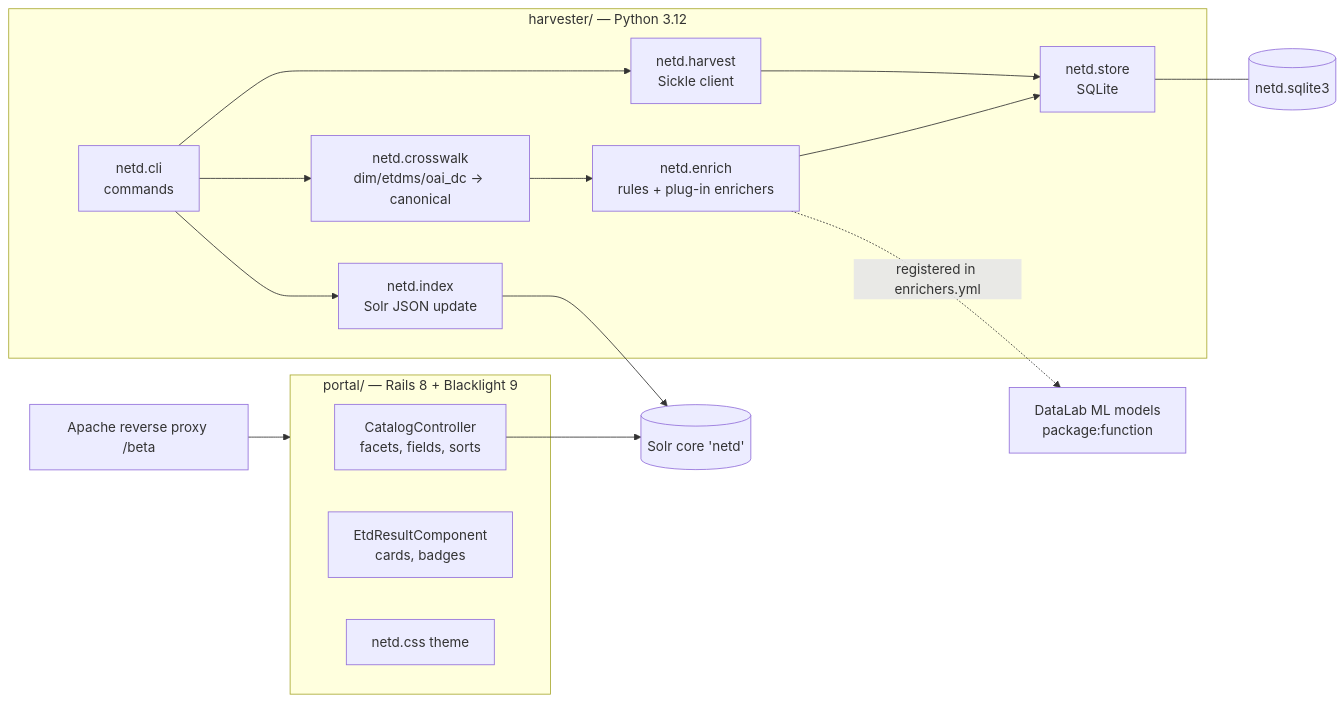
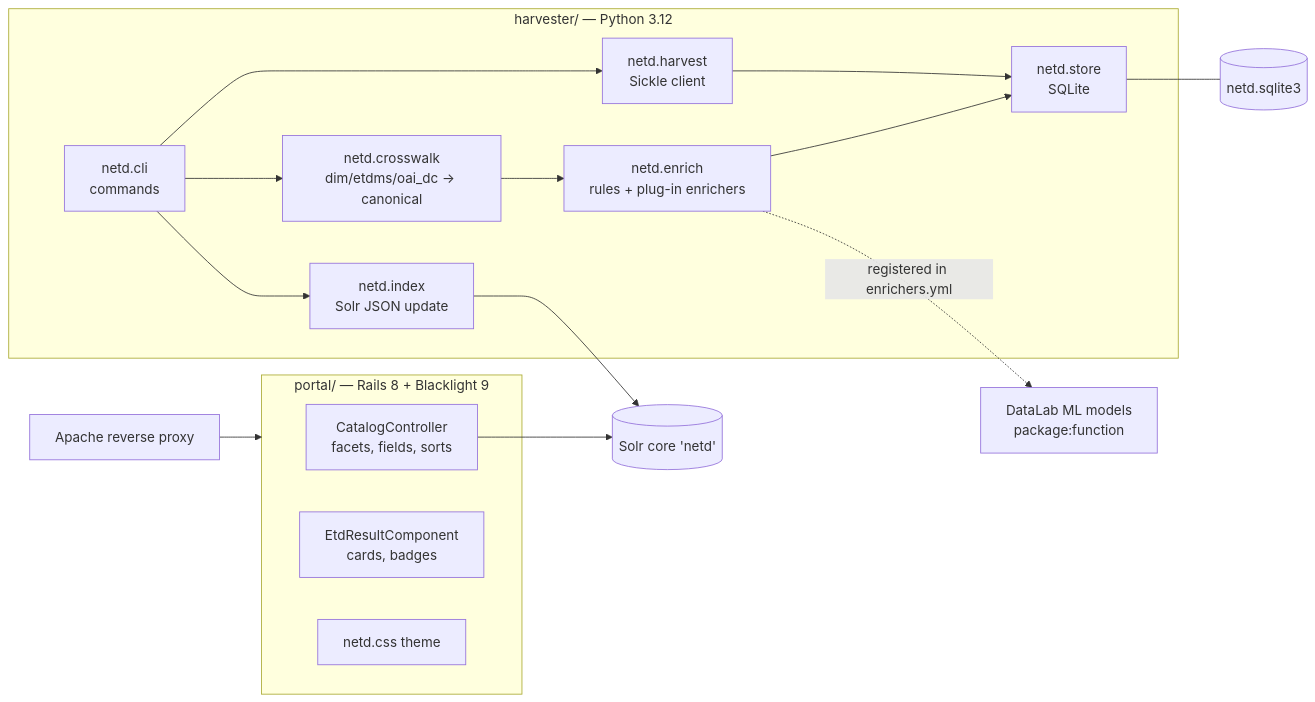
The third of 15 diagrams in docs/SDD.md (lightonphiri/code-datalab26-netd_aggregator), drawn with Mermaid before and after one commit. The commit also changed other lines of this file and 9 other files, not shown here.

Commit message:
SRS and SDD published in the manual site under Reference (MkDocs hook); two SDD diagrams GitHub could not render fixed; /beta removed from current diagrams; FR-34 subject as code; SRS 0.42, SDD 0.41 (post-paper)

````diff
--- a/docs/SDD.md
+++ b/docs/SDD.md
@@ -112,27 +113,27 @@
 ```mermaid
 flowchart LR
   subgraph harvester ["harvester/ — Python 3.12"]
     CLI[netd.cli<br/>commands]
     HV[netd.harvest<br/>Sickle client]
     CW[netd.crosswalk<br/>dim/etdms/oai_dc → canonical]
     EN[netd.enrich<br/>rules + plug-in enrichers]
     IX[netd.index<br/>Solr JSON update]
     ST[netd.store<br/>SQLite]
   end
   ML[DataLab ML models<br/>package:function]
   DB[(netd.sqlite3)]
   SOLR[(Solr core 'netd')]
   subgraph portal ["portal/ — Rails 8 + Blacklight 9"]
     CC[CatalogController<br/>facets, fields, sorts]
     RC[EtdResultComponent<br/>cards, badges]
     TH[netd.css theme]
   end
-  APA[Apache reverse proxy /beta]
+  APA[Apache reverse proxy]
   CLI --> HV --> ST
   CLI --> CW --> EN --> ST
   EN -.->|registered in enrichers.yml| ML
   CLI --> IX --> SOLR
   ST --- DB
   CC --> SOLR
   APA --> portal
 ```
````
